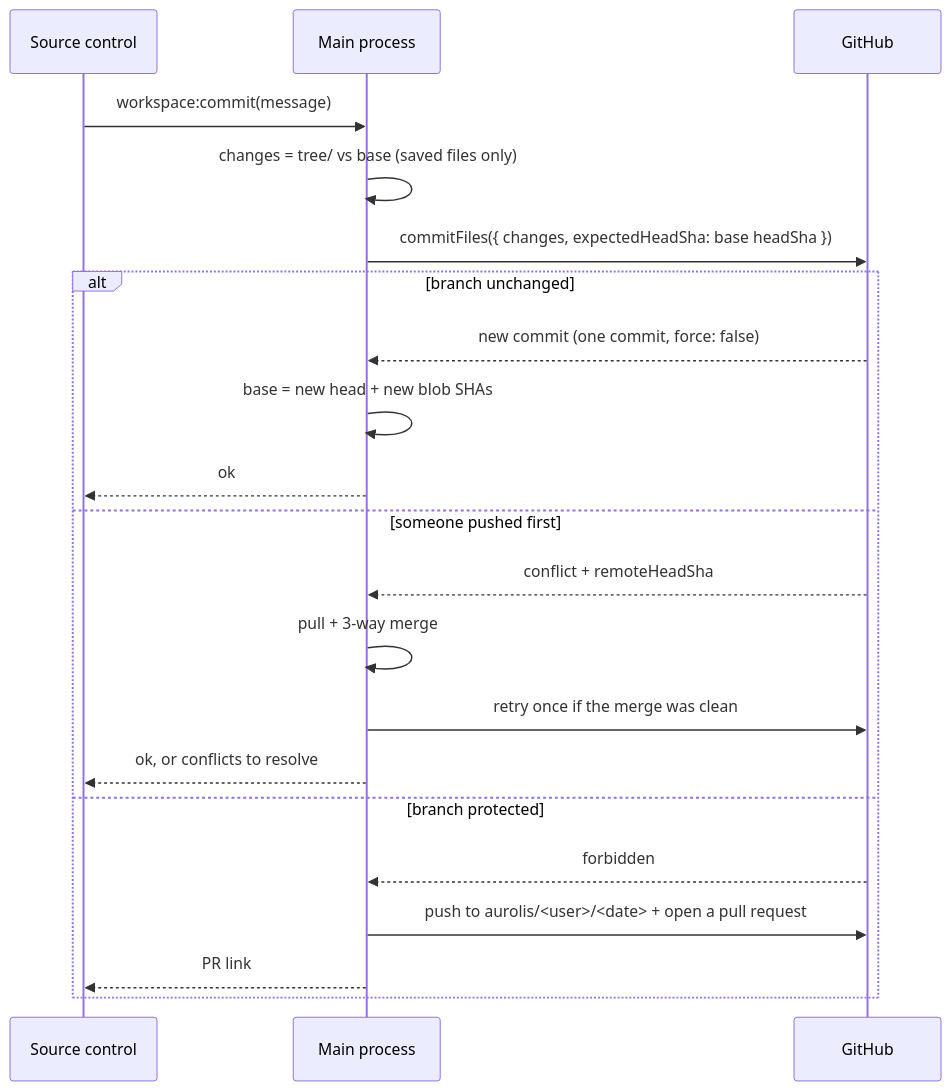
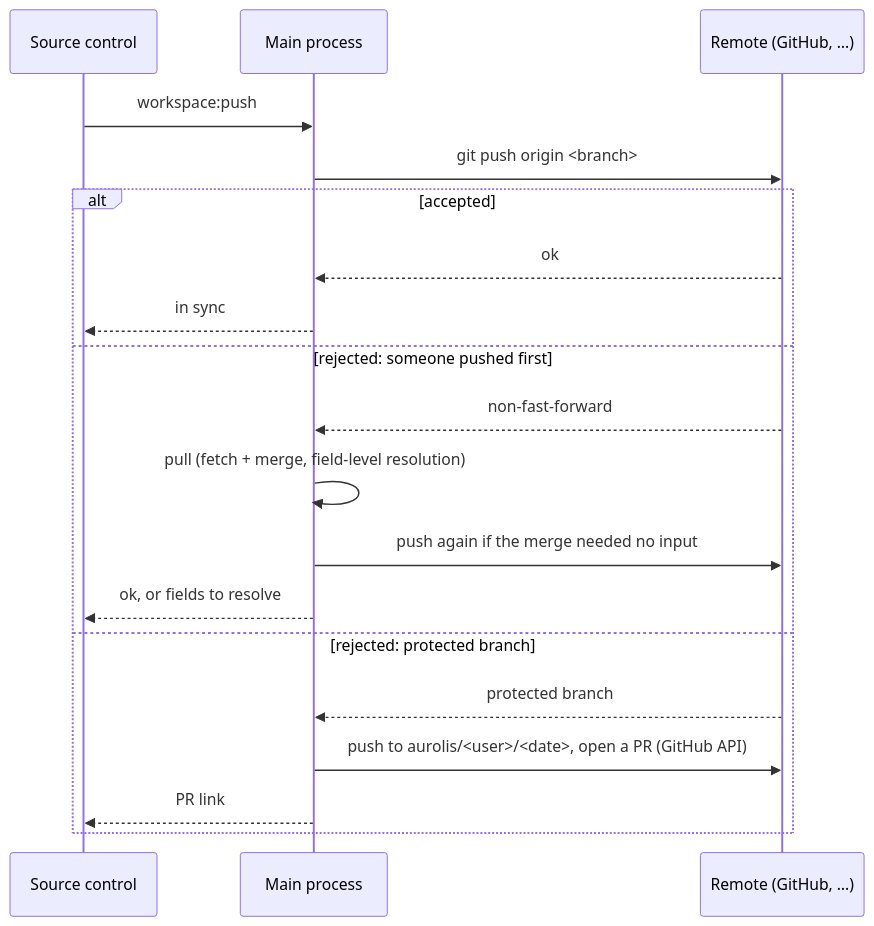
Before and after one commit to sagarsen2023/aurolis-api-client: the second of 2 diagrams in docs/workspace-architecture.md, drawn with Mermaid. The commit also changed other lines of this file and 1 other file, not shown here.

First line of the commit message:
Revise workspace architecture: workspaces are local git repositories

````diff
--- a/docs/workspace-architecture.md
+++ b/docs/workspace-architecture.md
@@ -238,24 +231,22 @@
 ```mermaid
 sequenceDiagram
     participant UI as Source control
     participant Main as Main process
-    participant GH as GitHub
+    participant Remote as Remote (GitHub, …)
 
-    UI->>Main: workspace:commit(message)
-    Main->>Main: changes = tree/ vs base (saved files only)
-    Main->>GH: commitFiles({ changes, expectedHeadSha: base headSha })
-    alt branch unchanged
-        GH-->>Main: new commit (one commit, force: false)
-        Main->>Main: base = new head + new blob SHAs
-        Main-->>UI: ok
-    else someone pushed first
-        GH-->>Main: conflict + remoteHeadSha
-        Main->>Main: pull + 3-way merge
-        Main->>GH: retry once if the merge was clean
-        Main-->>UI: ok, or conflicts to resolve
-    else branch protected
-        GH-->>Main: forbidden
-        Main->>GH: push to aurolis/<user>/<date> + open a pull request
+    UI->>Main: workspace:push
+    Main->>Remote: git push origin <branch>
+    alt accepted
+        Remote-->>Main: ok
+        Main-->>UI: in sync
+    else rejected: someone pushed first
+        Remote-->>Main: non-fast-forward
+        Main->>Main: pull (fetch + merge, field-level resolution)
+        Main->>Remote: push again if the merge needed no input
+        Main-->>UI: ok, or fields to resolve
+    else rejected: protected branch
+        Remote-->>Main: protected branch
+        Main->>Remote: push to aurolis/<user>/<date>, open a PR (GitHub API)
         Main-->>UI: PR link
     end
 ```
````
